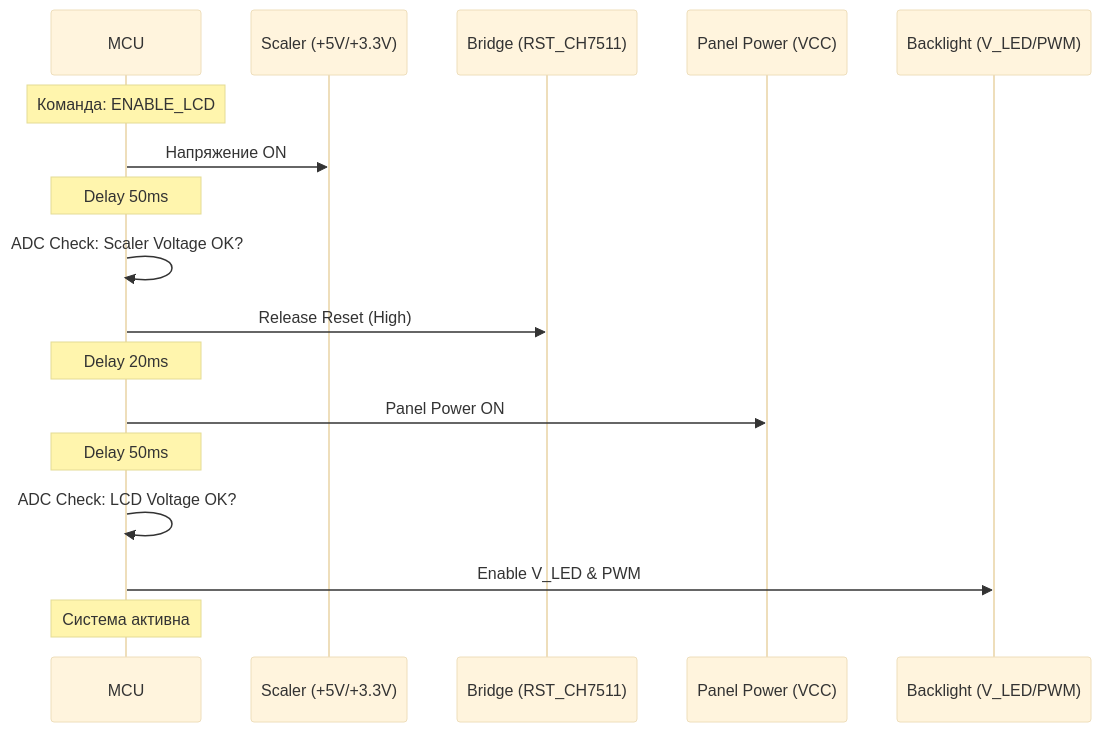
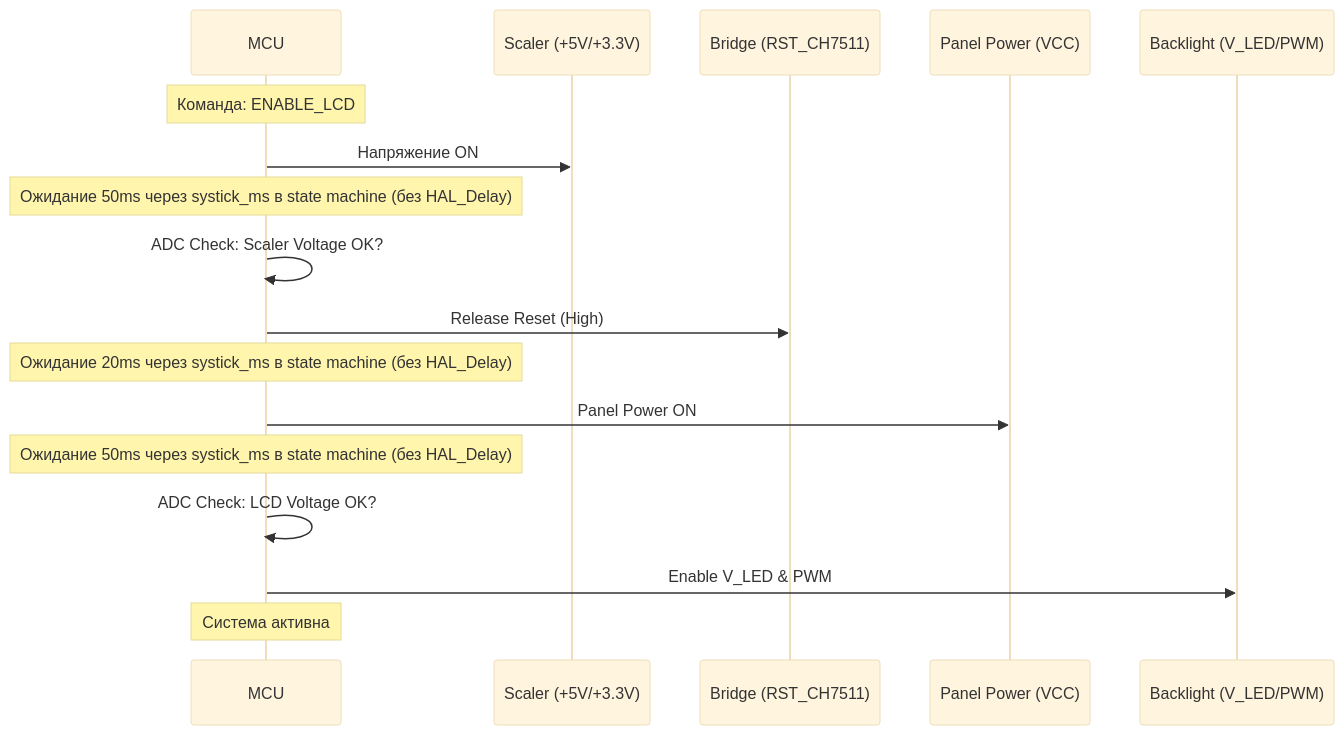
Before and after one commit to n-korel/power_controller: the second of 4 diagrams in POWER_Controller.md, drawn with Mermaid (base theme). The commit also changed other lines of this file and 1 other file, not shown here.

````diff
--- a/POWER_Controller.md
+++ b/POWER_Controller.md
@@ -52,20 +103,20 @@
 ```mermaid
 sequenceDiagram
     participant MCU
     participant SC as Scaler (+5V/+3.3V)
     participant BR as Bridge (RST_CH7511)
     participant LCD as Panel Power (VCC)
     participant BL as Backlight (V_LED/PWM)
 
     Note over MCU: Команда: ENABLE_LCD
     MCU->>SC: Напряжение ON
-    Note over MCU: Delay 50ms
+    Note over MCU: Ожидание 50ms через systick_ms в state machine (без HAL_Delay)
     MCU->>MCU: ADC Check: Scaler Voltage OK?
     MCU->>BR: Release Reset (High)
-    Note over MCU: Delay 20ms
+    Note over MCU: Ожидание 20ms через systick_ms в state machine (без HAL_Delay)
     MCU->>LCD: Panel Power ON
-    Note over MCU: Delay 50ms
+    Note over MCU: Ожидание 50ms через systick_ms в state machine (без HAL_Delay)
     MCU->>MCU: ADC Check: LCD Voltage OK?
     MCU->>BL: Enable V_LED & PWM
     Note over MCU: Система активна
 ```
````
